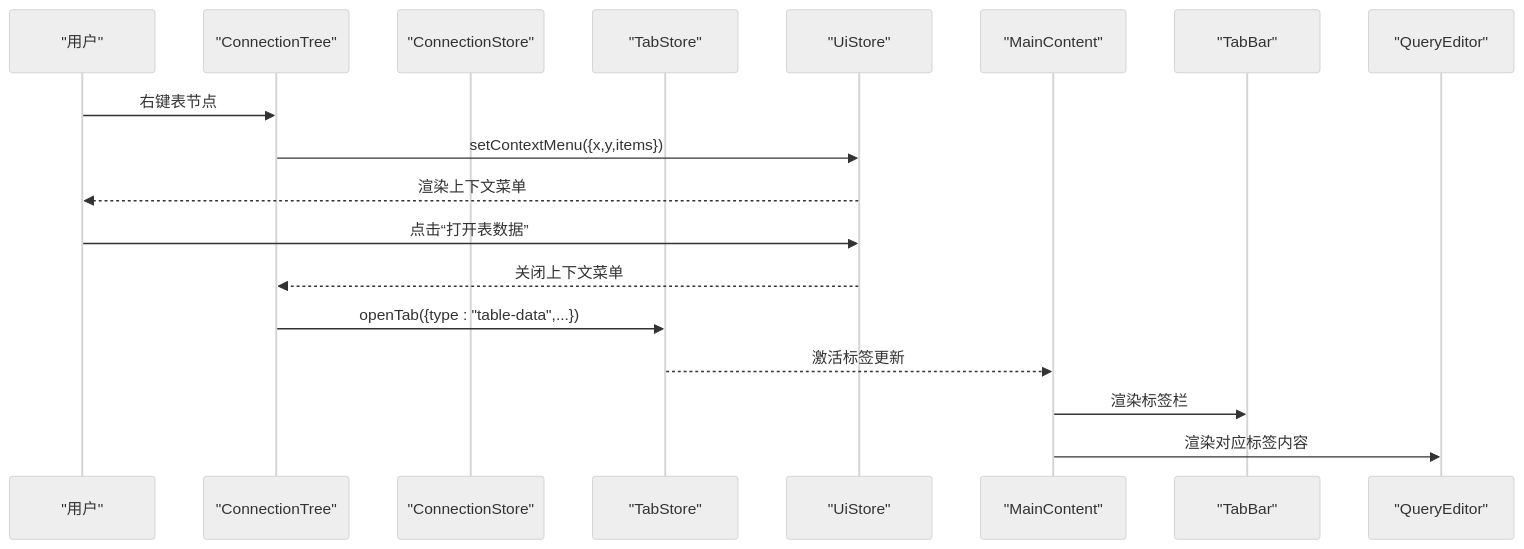
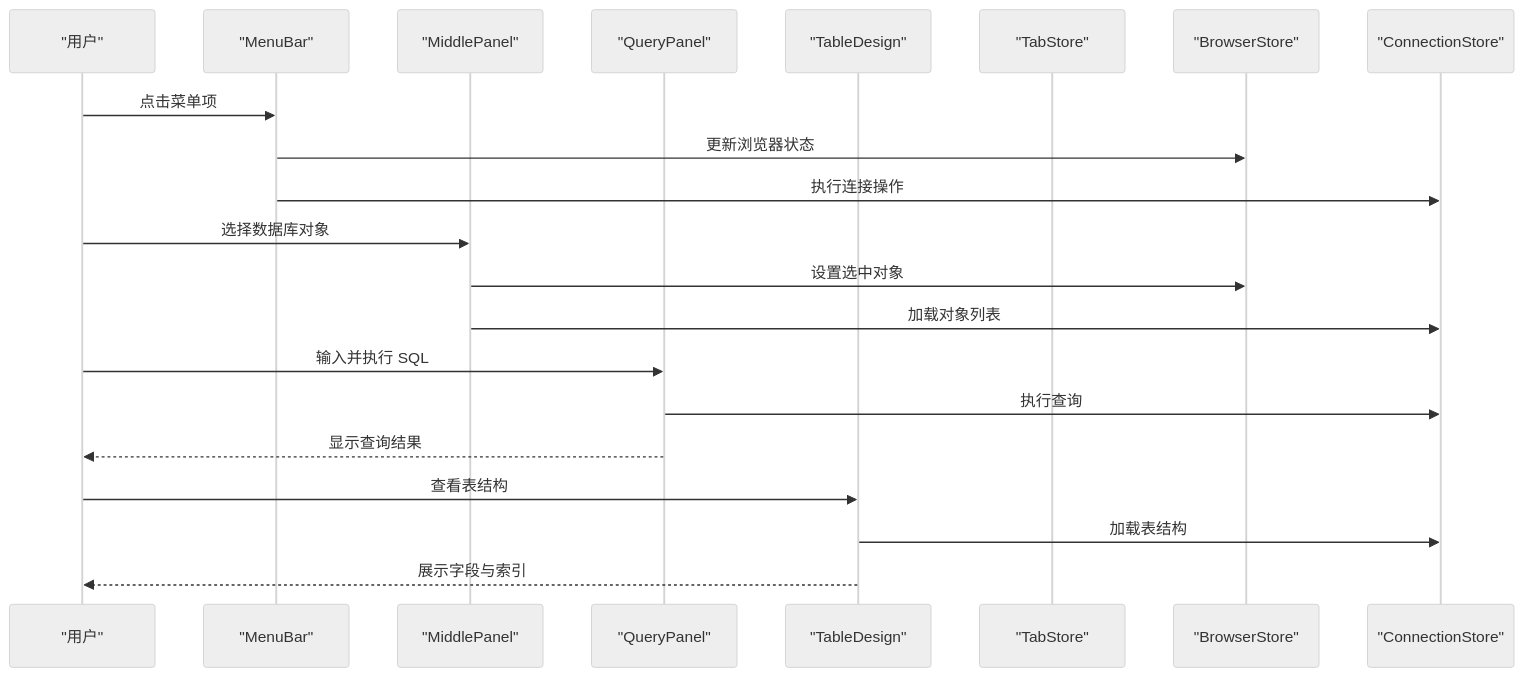
One commit to wwenbo2048/nexsql changed the second of 3 diagrams in .qoder/repowiki/zh/content/架构设计/组件系统架构/核心组件/核心组件.md. Above: the diagram before and after it, drawn with Mermaid (neutral theme). The commit also changed other lines of this file and 19 other files, not shown here.

````diff
--- a/.qoder/repowiki/zh/content/架构设计/组件系统架构/核心组件/核心组件.md
+++ b/.qoder/repowiki/zh/content/架构设计/组件系统架构/核心组件/核心组件.md
@@ -115,20 +191,23 @@
 ```mermaid
 sequenceDiagram
 participant U as "用户"
-participant CT as "ConnectionTree"
+participant MB as "MenuBar"
+participant MP as "MiddlePanel"
+participant QE as "QueryPanel"
+participant TD as "TableDesign"
+participant TS as "TabStore"
+participant BS as "BrowserStore"
 participant CS as "ConnectionStore"
-participant TS as "TabStore"
-participant UI as "UiStore"
-participant MC as "MainContent"
-participant TB as "TabBar"
-participant QE as "QueryEditor"
-U->>CT : 右键表节点
-CT->>UI : setContextMenu({x,y,items})
-UI-->>U : 渲染上下文菜单
-U->>UI : 点击“打开表数据”
-UI-->>CT : 关闭上下文菜单
-CT->>TS : openTab({type : "table-data",...})
-TS-->>MC : 激活标签更新
-MC->>TB : 渲染标签栏
-MC->>QE : 渲染对应标签内容
+U->>MB : 点击菜单项
+MB->>BS : 更新浏览器状态
+MB->>CS : 执行连接操作
+U->>MP : 选择数据库对象
+MP->>BS : 设置选中对象
+MP->>CS : 加载对象列表
+U->>QE : 输入并执行 SQL
+QE->>CS : 执行查询
+QE-->>U : 显示查询结果
+U->>TD : 查看表结构
+TD->>CS : 加载表结构
+TD-->>U : 展示字段与索引
 ```
````
